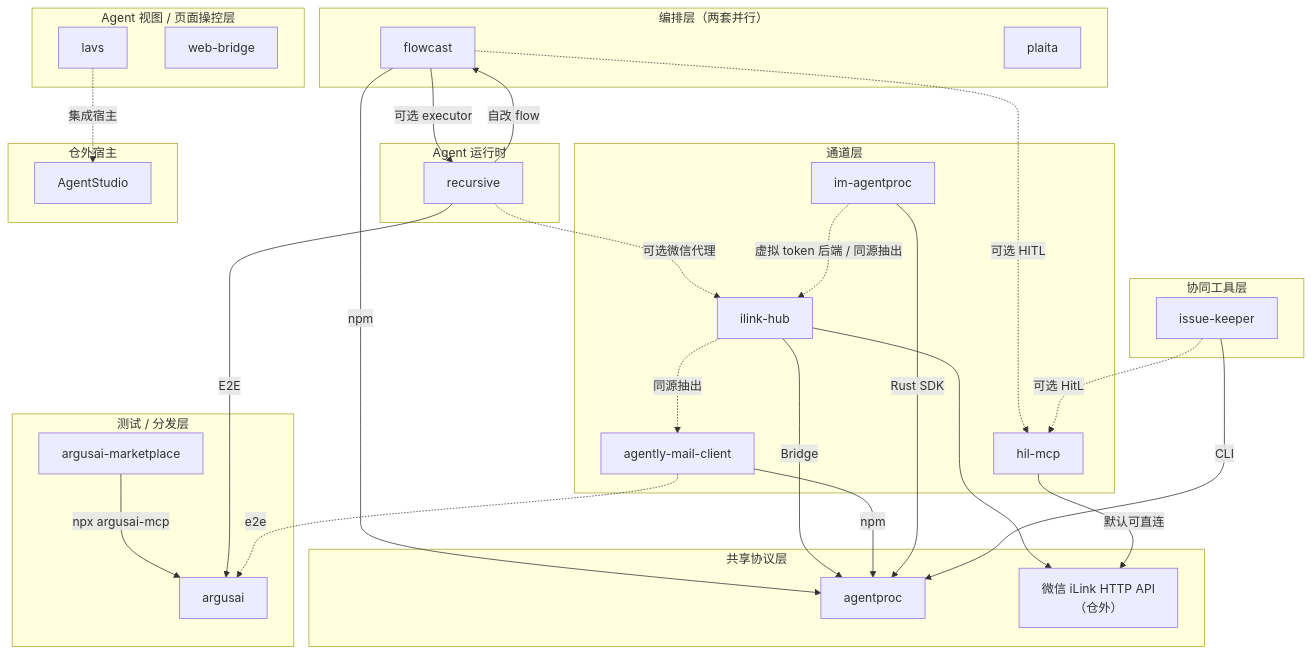
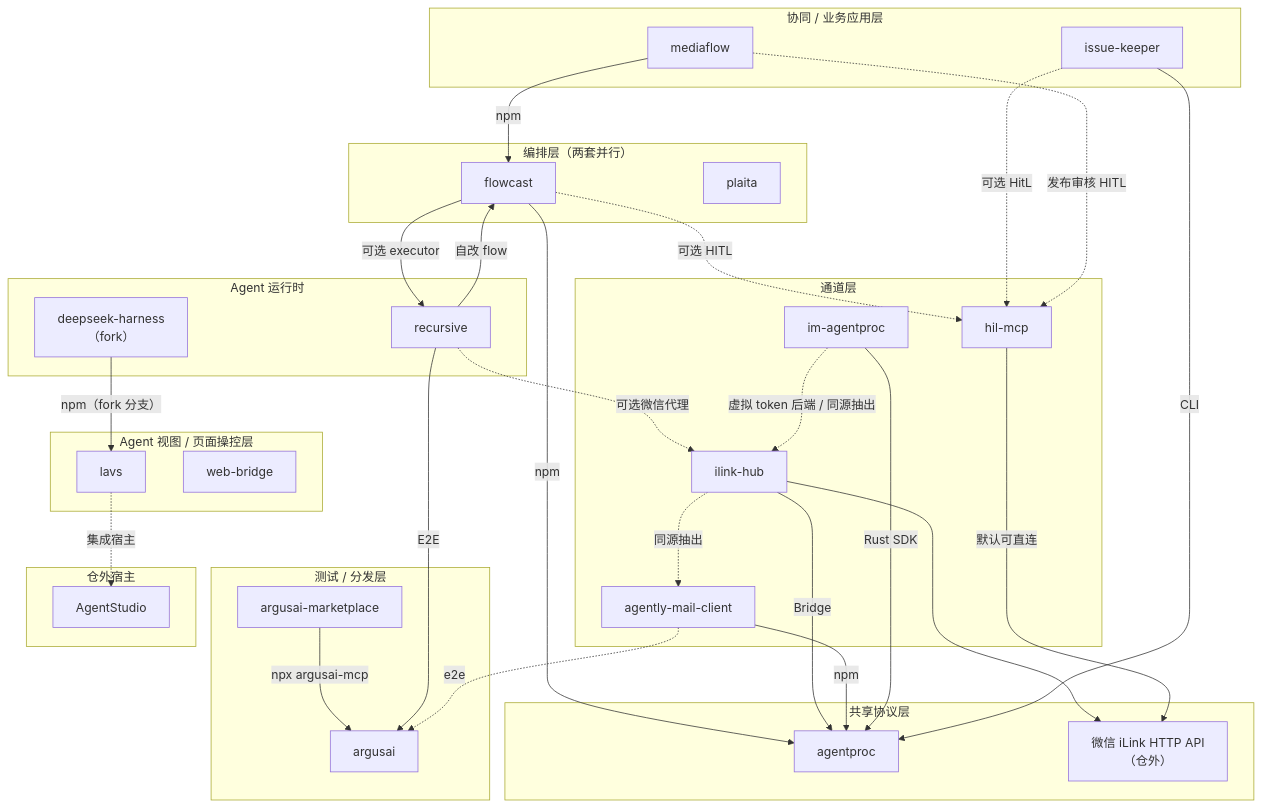
Before and after one commit to jeffkit/infra4agent: the first of 2 diagrams in docs/ARCHITECTURE.md, drawn with Mermaid. The commit also changed other lines of this file and 4 other files, not shown here.

````diff
--- a/docs/ARCHITECTURE.md
+++ b/docs/ARCHITECTURE.md
@@ -33,60 +33,65 @@
 ```mermaid
 flowchart TB
-  subgraph collab["协同工具层"]
+  subgraph collab["协同 / 业务应用层"]
     IK["issue-keeper"]
+    MF["mediaflow"]
   end
 
   subgraph test["测试 / 分发层"]
     AM["argusai-marketplace"]
     AA["argusai"]
     AM -->|npx argusai-mcp| AA
   end
 
   subgraph ui["Agent 视图 / 页面操控层"]
     LAVS["lavs"]
     WB["web-bridge"]
   end
 
   subgraph orch["编排层（两套并行）"]
     FC["flowcast"]
     PL["plaita"]
   end
 
   subgraph runtime["Agent 运行时"]
     REC["recursive"]
+    DSH["deepseek-harness<br/>（fork）"]
   end
 
   subgraph channel["通道层"]
     IH["ilink-hub"]
     IMAP["im-agentproc"]
     HITL["hil-mcp"]
     MAIL["agently-mail-client"]
   end
 
   subgraph shared["共享协议层"]
     AP["agentproc"]
     ILINK["微信 iLink HTTP API<br/>（仓外）"]
   end
 
   subgraph external["仓外宿主"]
     AS["AgentStudio"]
   end
 
   FC -->|npm| AP
   FC -->|可选 executor| REC
   FC -.->|可选 HITL| HITL
   REC -->|自改 flow| FC
   REC -.->|可选微信代理| IH
   REC -->|E2E| AA
   IH -->|Bridge| AP
   IH --> ILINK
   IH -.->|同源抽出| MAIL
   MAIL -->|npm| AP
   IMAP -->|Rust SDK| AP
   IMAP -.->|虚拟 token 后端 / 同源抽出| IH
   HITL -->|默认可直连| ILINK
   IK -->|CLI| AP
   IK -.->|可选 HitL| HITL
   MAIL -.->|e2e| AA
+  MF -->|npm| FC
+  MF -.->|发布审核 HITL| HITL
+  DSH -->|npm（fork 分支）| LAVS
   LAVS -.->|集成宿主| AS
 ```
````
